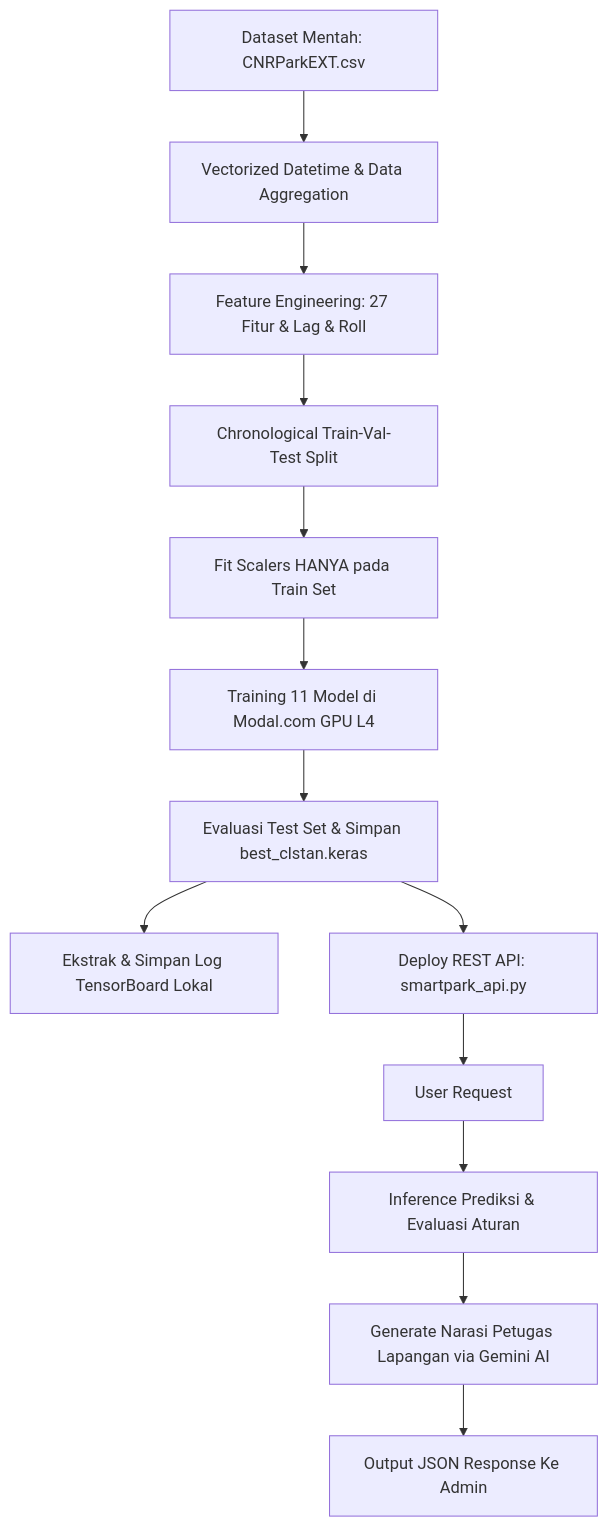
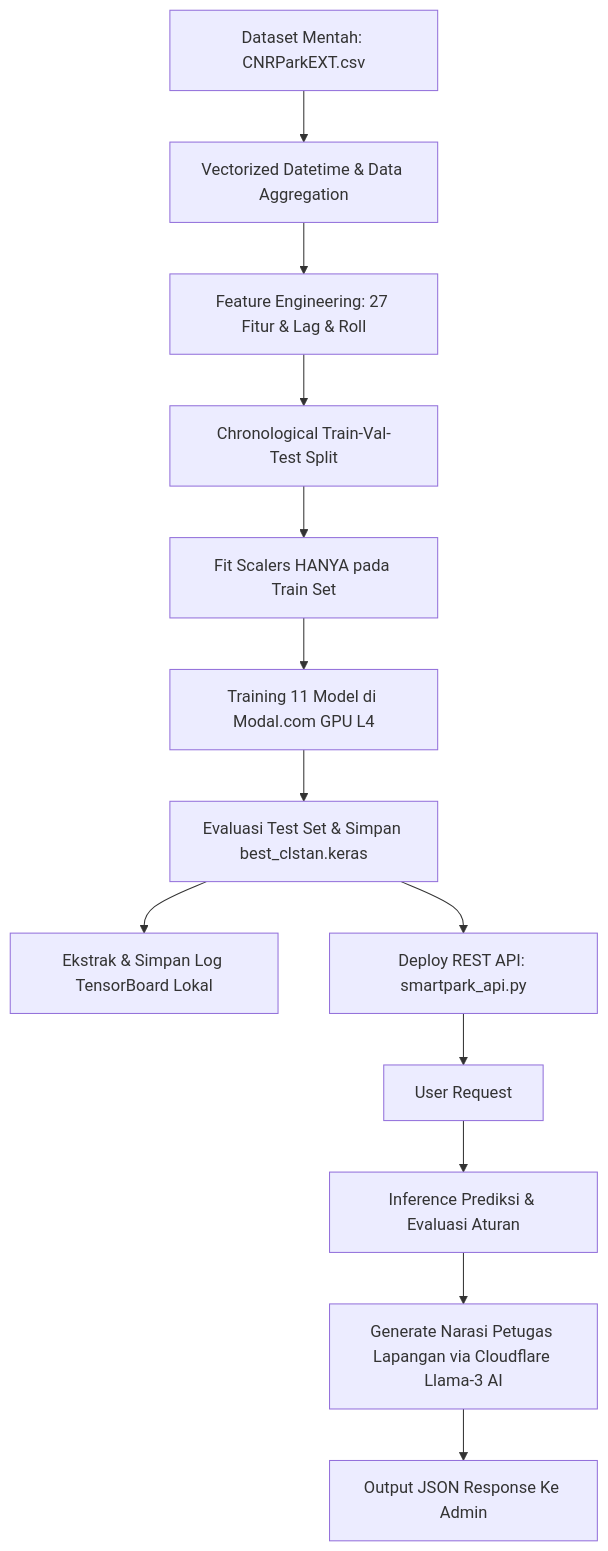
The diagram in modelling/exp_v2_refactored/smartpark_training_report.md (anwarrohmadi2006/smart-parking-opennext), drawn with Mermaid before and after one commit. The commit also changed other lines of this file and 60 other files, not shown here.

````diff
--- a/modelling/exp_v2_refactored/smartpark_training_report.md
+++ b/modelling/exp_v2_refactored/smartpark_training_report.md
@@ -99,15 +99,15 @@
 ```mermaid
 graph TD
     A[Dataset Mentah: CNRParkEXT.csv] --> B[Vectorized Datetime & Data Aggregation]
     B --> C[Feature Engineering: 27 Fitur & Lag & Roll]
     C --> D[Chronological Train-Val-Test Split]
     D --> E[Fit Scalers HANYA pada Train Set]
     E --> F[Training 11 Model di Modal.com GPU L4]
     F --> G[Evaluasi Test Set & Simpan best_clstan.keras]
     G --> H[Ekstrak & Simpan Log TensorBoard Lokal]
     G --> I[Deploy REST API: smartpark_api.py]
     I --> J[User Request]
     J --> K[Inference Prediksi & Evaluasi Aturan]
-    K --> L[Generate Narasi Petugas Lapangan via Gemini AI]
+    K --> L[Generate Narasi Petugas Lapangan via Cloudflare Llama-3 AI]
     L --> M[Output JSON Response Ke Admin]
 ```
````
